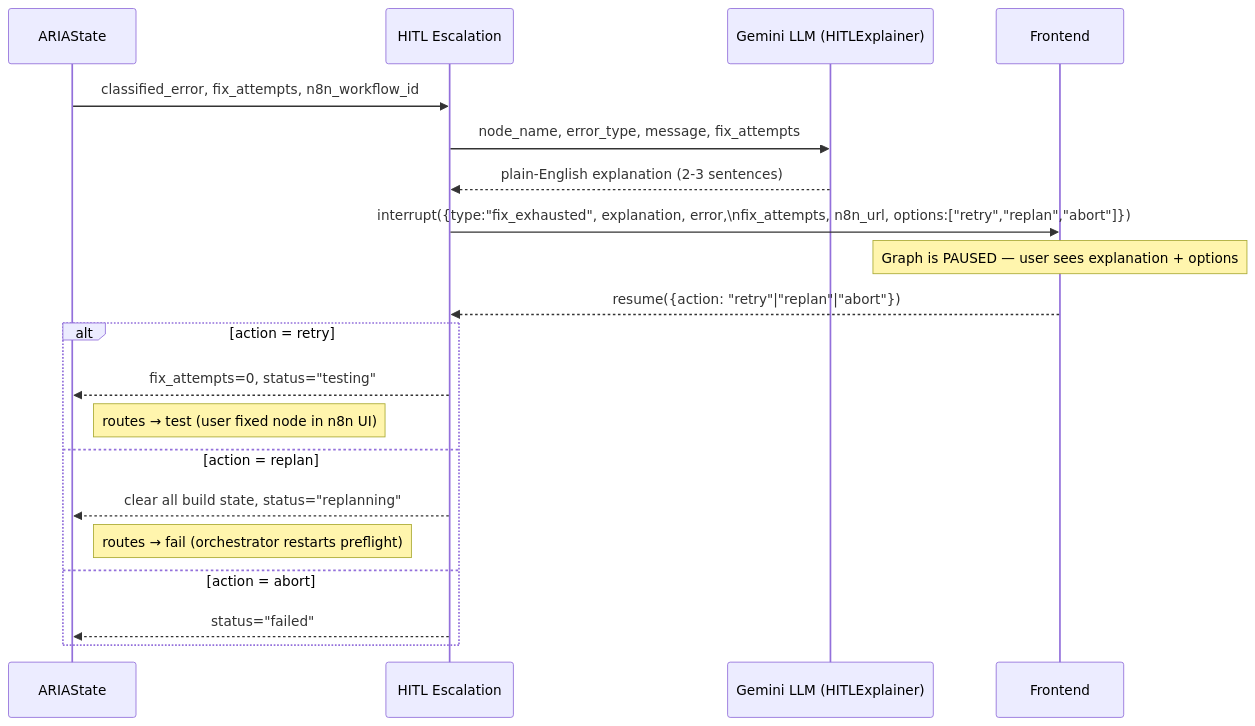
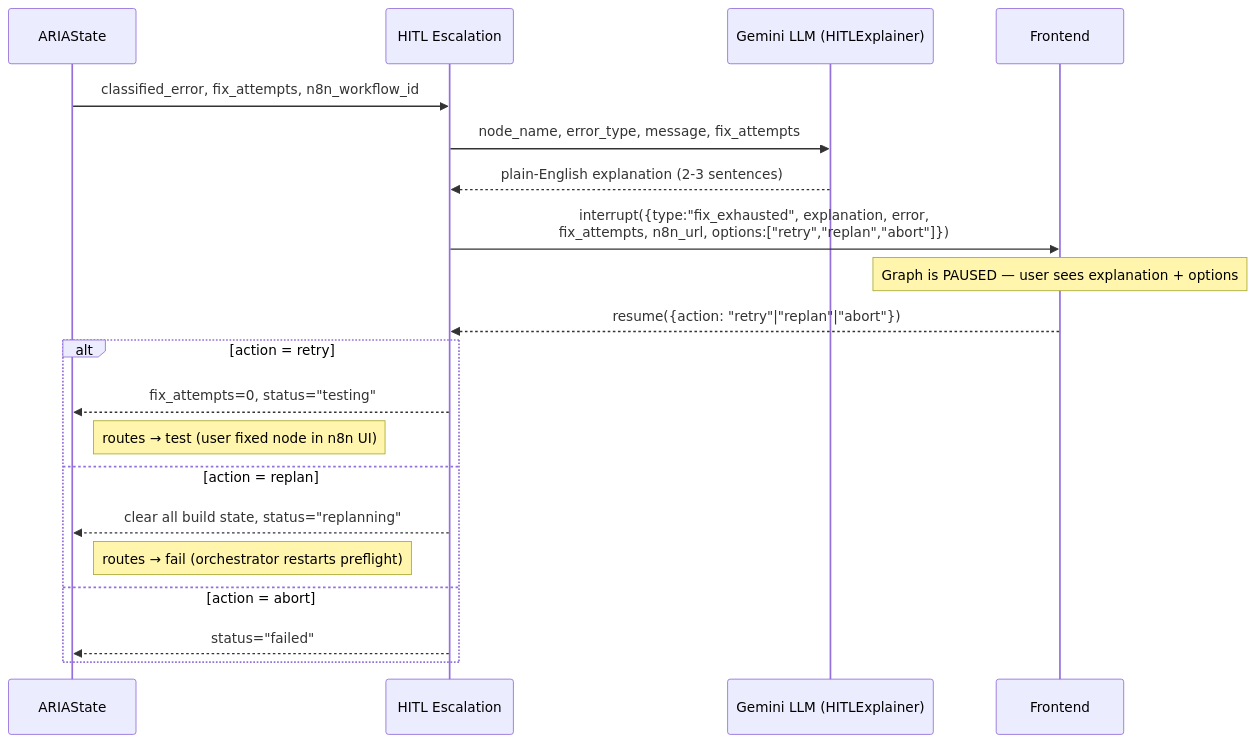
Before and after one commit to h19overflow/ARIA: the sixth of 7 diagrams in src/agentic_system/build_cycle/README.md, drawn with Mermaid. The commit also changed other lines of this file and 4 other files, not shown here.

````diff
--- a/src/agentic_system/build_cycle/README.md
+++ b/src/agentic_system/build_cycle/README.md
@@ -236,23 +268,23 @@
 ```mermaid
 sequenceDiagram
     participant S as ARIAState
     participant HE as HITL Escalation
     participant LLM as Gemini LLM (HITLExplainer)
     participant FE as Frontend
 
     S->>HE: classified_error, fix_attempts, n8n_workflow_id
     HE->>LLM: node_name, error_type, message, fix_attempts
     LLM-->>HE: plain-English explanation (2-3 sentences)
-    HE->>FE: interrupt({type:"fix_exhausted", explanation, error,\nfix_attempts, n8n_url, options:["retry","replan","abort"]})
+    HE->>FE: interrupt({type:"fix_exhausted", explanation, error,<br/>fix_attempts, n8n_url, options:["retry","replan","abort"]})
     note over FE: Graph is PAUSED — user sees explanation + options
     FE-->>HE: resume({action: "retry"|"replan"|"abort"})
     alt action = retry
         HE-->>S: fix_attempts=0, status="testing"
         note right of S: routes → test (user fixed node in n8n UI)
     else action = replan
         HE-->>S: clear all build state, status="replanning"
         note right of S: routes → fail (orchestrator restarts preflight)
     else action = abort
         HE-->>S: status="failed"
     end
 ```
````
